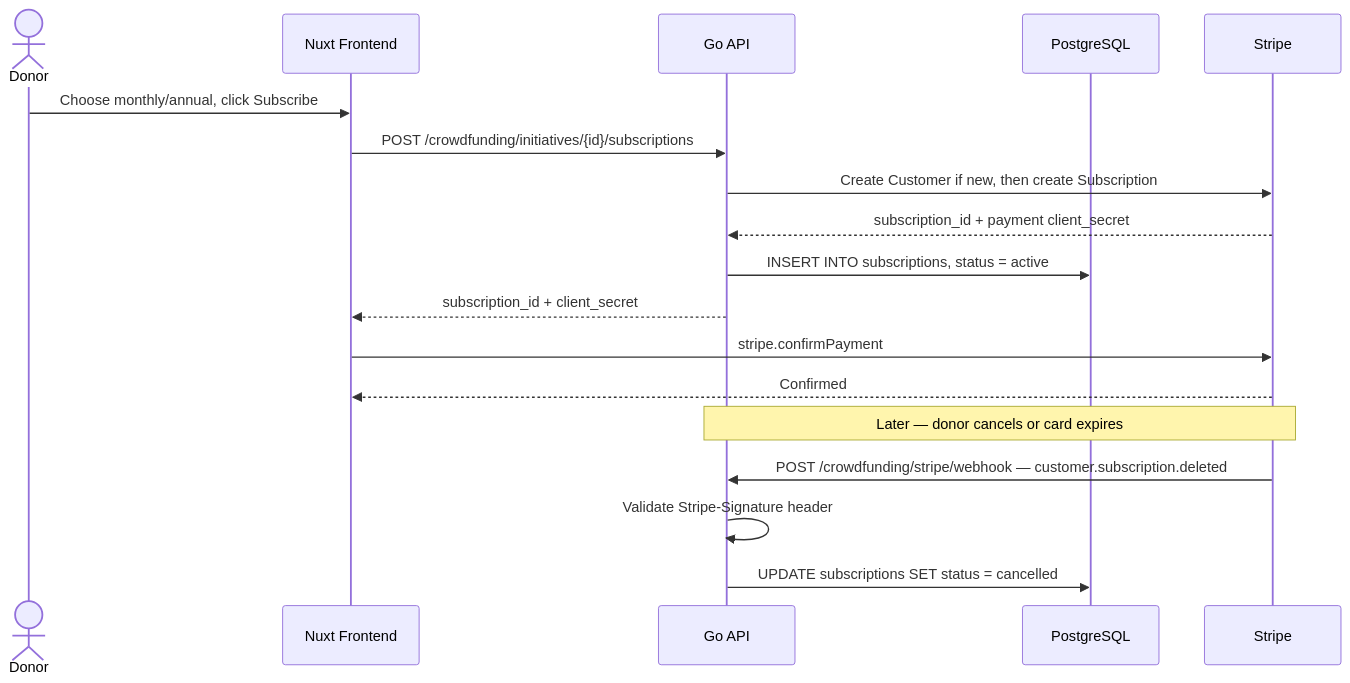
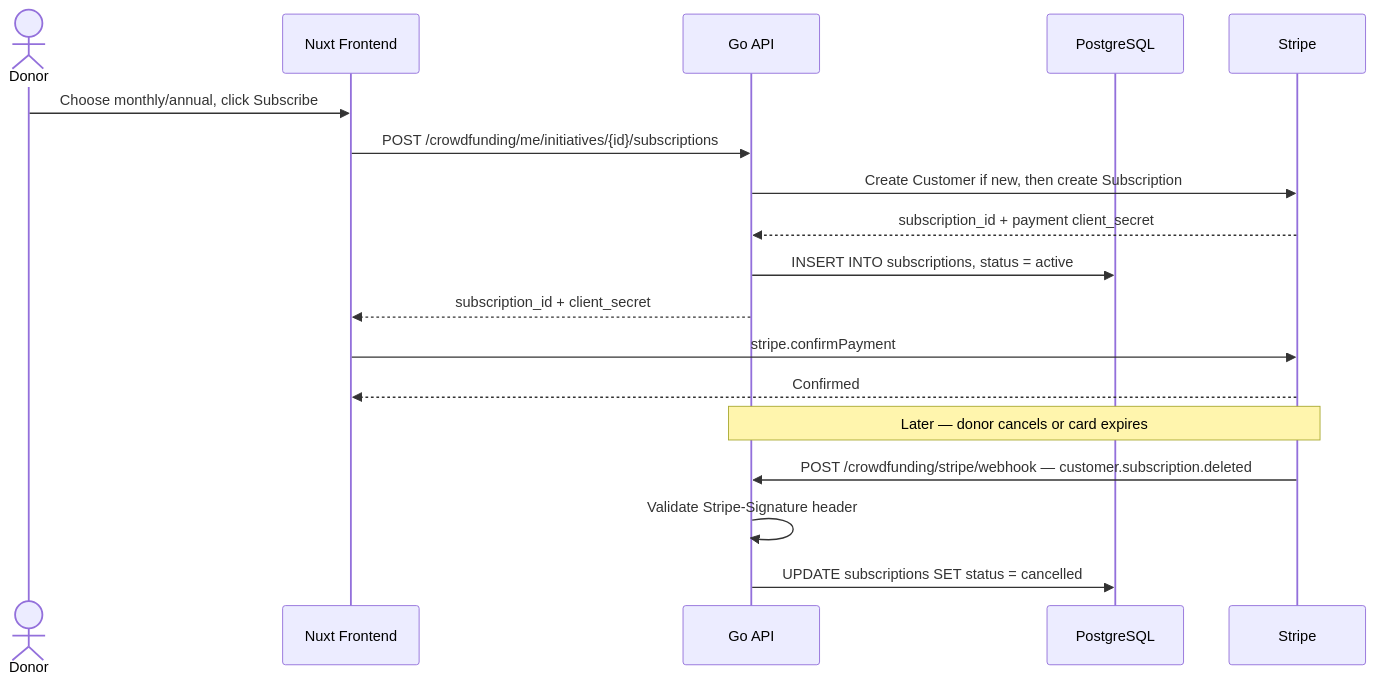
The fifth of 8 diagrams in docs/architecture.md (linuxfoundation/lfx-crowdfunding), drawn with Mermaid before and after one commit. The commit also changed other lines of this file and 5 other files, not shown here.

````diff
--- a/docs/architecture.md
+++ b/docs/architecture.md
@@ -321,22 +321,22 @@
 ```mermaid
 sequenceDiagram
     actor Donor
     participant FE as Nuxt Frontend
     participant API as Go API
     participant DB as PostgreSQL
     participant Stripe
 
     Donor->>FE: Choose monthly/annual, click Subscribe
-    FE->>API: POST /crowdfunding/initiatives/{id}/subscriptions
+    FE->>API: POST /crowdfunding/me/initiatives/{id}/subscriptions
     API->>Stripe: Create Customer if new, then create Subscription
     Stripe-->>API: subscription_id + payment client_secret
     API->>DB: INSERT INTO subscriptions, status = active
     API-->>FE: subscription_id + client_secret
     FE->>Stripe: stripe.confirmPayment
     Stripe-->>FE: Confirmed
 
     Note over Stripe,API: Later — donor cancels or card expires
     Stripe->>API: POST /crowdfunding/stripe/webhook — customer.subscription.deleted
     API->>API: Validate Stripe-Signature header
     API->>DB: UPDATE subscriptions SET status = cancelled
 ```
````
